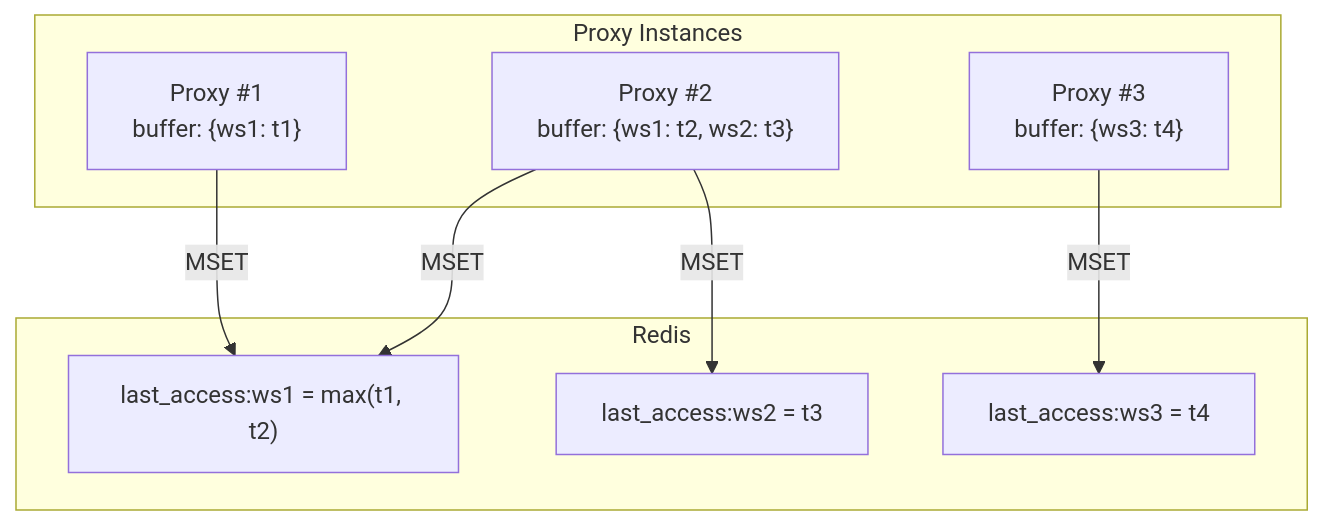
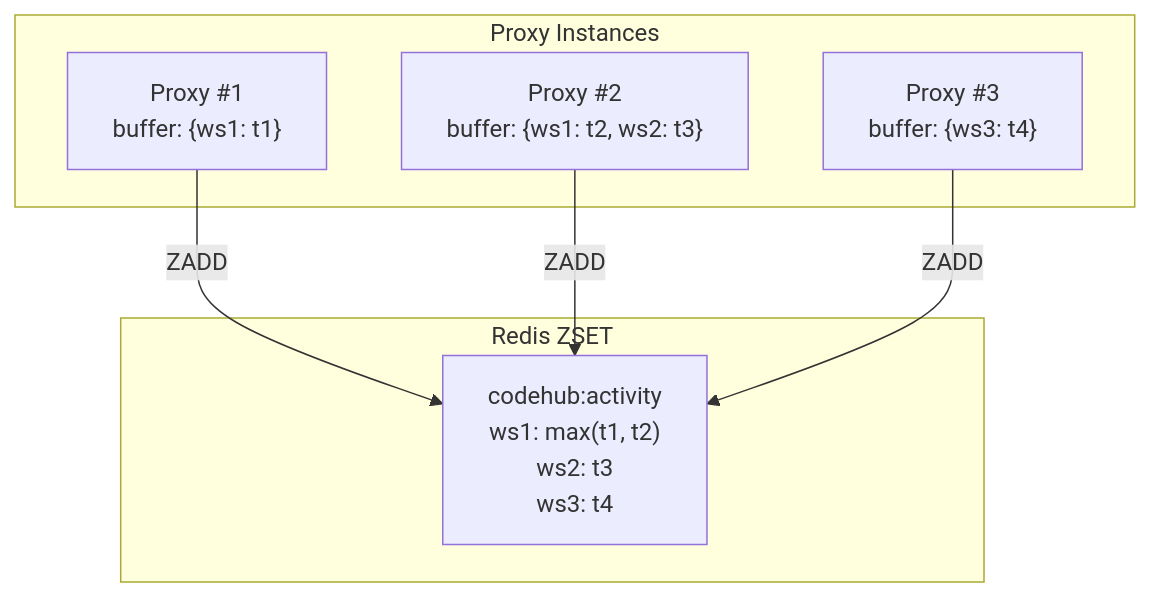
The third of 5 diagrams in docs/architecture/ttl-manager.md (cagojeiger/code-hub), drawn with Mermaid before and after one commit. The commit also changed other lines of this file and 12 other files, not shown here.

````diff
--- a/docs/architecture/ttl-manager.md
+++ b/docs/architecture/ttl-manager.md
@@ -145,19 +153,16 @@
 ```mermaid
 flowchart TB
     subgraph Proxies["Proxy Instances"]
         P1["Proxy #1<br/>buffer: {ws1: t1}"]
         P2["Proxy #2<br/>buffer: {ws1: t2, ws2: t3}"]
         P3["Proxy #3<br/>buffer: {ws3: t4}"]
     end
 
-    subgraph Redis["Redis"]
-        K1["last_access:ws1 = max(t1, t2)"]
-        K2["last_access:ws2 = t3"]
-        K3["last_access:ws3 = t4"]
+    subgraph Redis["Redis ZSET"]
+        ZS["codehub:activity<br/>ws1: max(t1, t2)<br/>ws2: t3<br/>ws3: t4"]
     end
 
-    P1 -->|MSET| K1
-    P2 -->|MSET| K1
-    P2 -->|MSET| K2
-    P3 -->|MSET| K3
+    P1 -->|ZADD| ZS
+    P2 -->|ZADD| ZS
+    P3 -->|ZADD| ZS
 ```
````
